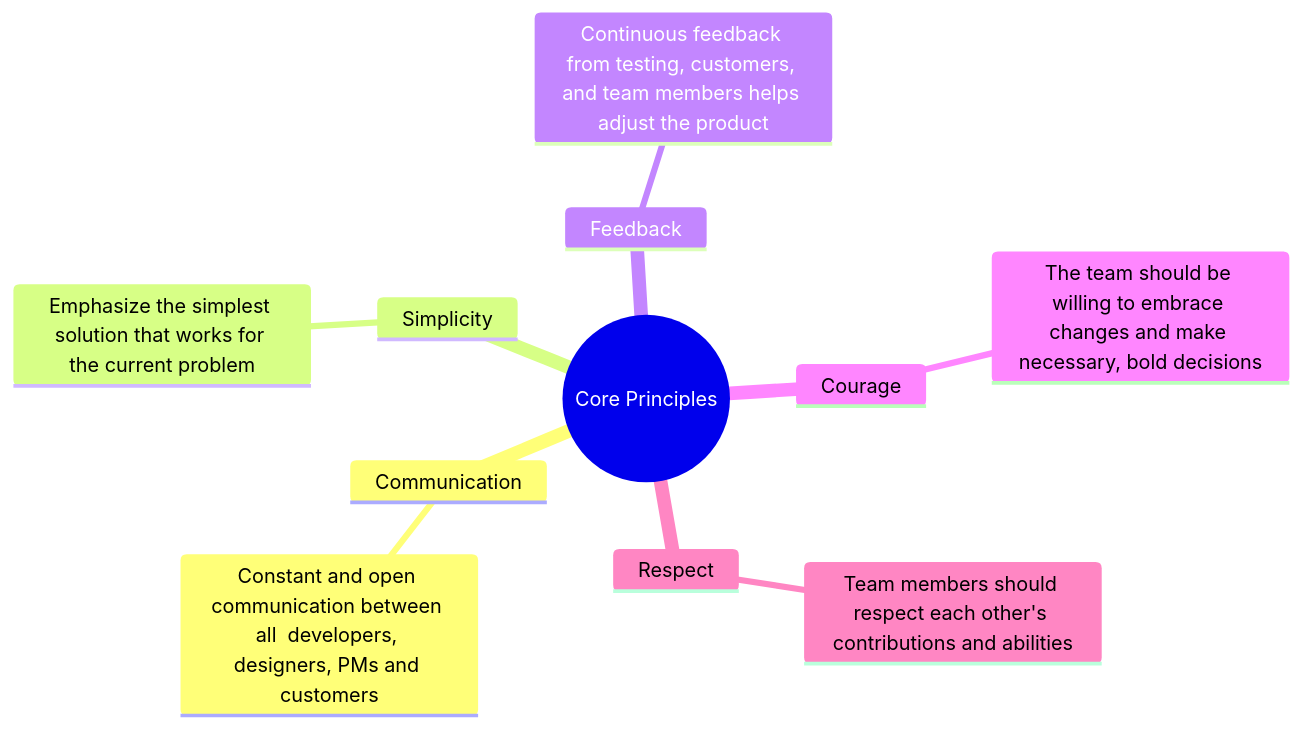
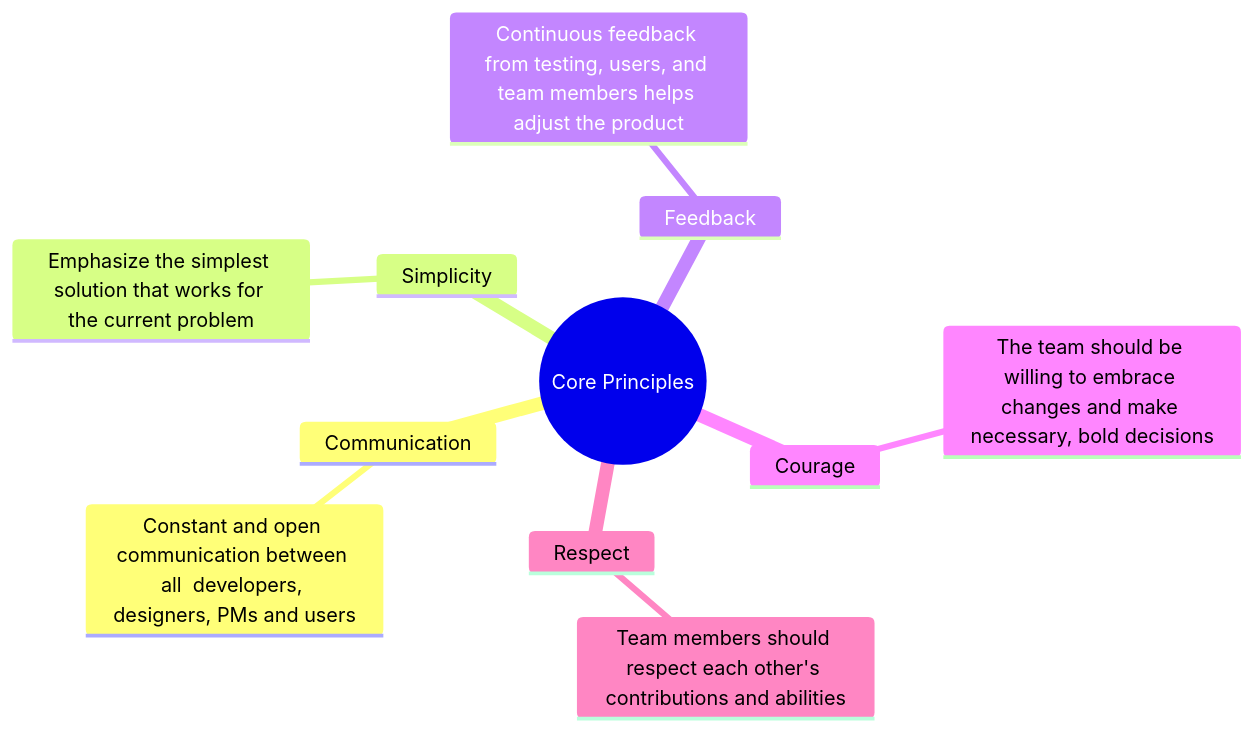
The diagram in apps/docs/content/docs/concepts/extreme-programming/index.mdx (cuhacking/2025), drawn with Mermaid before and after one commit. The commit also changed other lines of this file, not shown here.

````diff
--- a/apps/docs/content/docs/concepts/extreme-programming/index.mdx
+++ b/apps/docs/content/docs/concepts/extreme-programming/index.mdx
@@ -32,14 +32,14 @@
 ```mermaid
 mindmap
   root((Core Principles))
     Communication
-        Constant and open communication between all  developers, designers, PMs and customers
+        Constant and open communication between all  developers, designers, PMs and users
     Simplicity
         Emphasize the simplest solution that works for the current problem
     Feedback
-        Continuous feedback from testing, customers, and team members helps adjust the product
+        Continuous feedback from testing, users, and team members helps adjust the product
     Courage
         The team should be willing to embrace changes and make necessary, bold decisions
     Respect
         Team members should respect each other's contributions and abilities
 ```
````
